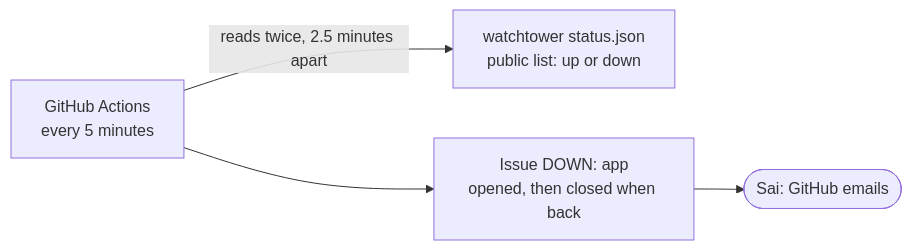
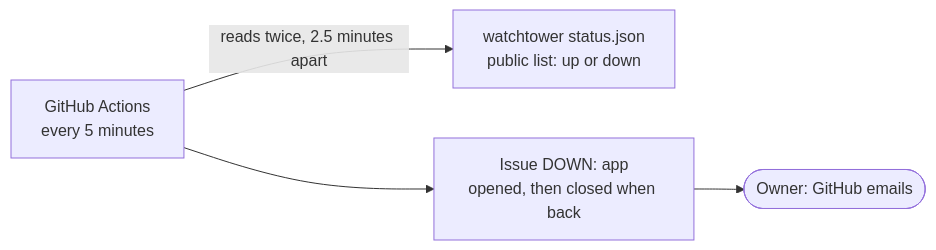
The diagram in ARCHITECTURE.md (saatvik-group/uptime-alerts), drawn with Mermaid before and after one commit. The commit also changed other lines of this file and 3 other files, not shown here.

````diff
--- a/ARCHITECTURE.md
+++ b/ARCHITECTURE.md
@@ -5,9 +5,9 @@
 ```mermaid
 flowchart LR
   gh[GitHub Actions<br/>every 5 minutes]
   status[watchtower status.json<br/>public list: up or down]
   issue[Issue DOWN: app<br/>opened, then closed when back]
-  sai([Sai: GitHub emails])
+  owner([Owner: GitHub emails])
   gh -- reads twice, 2.5 minutes apart --> status
-  gh --> issue --> sai
+  gh --> issue --> owner
 ```
````
